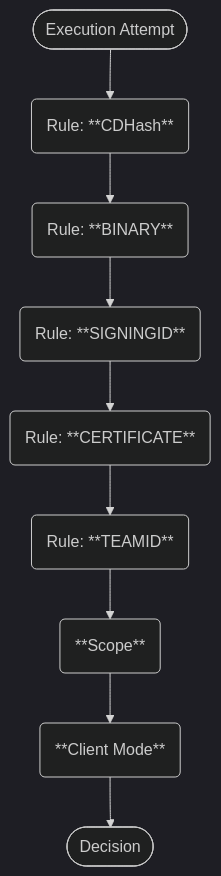
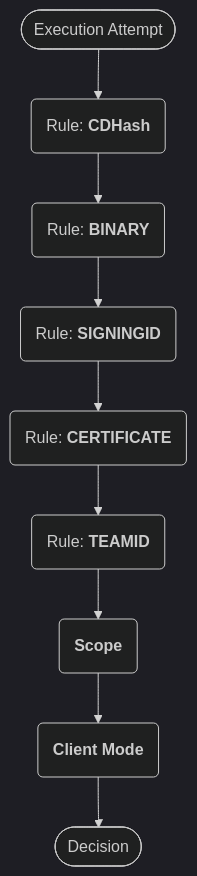
The diagram in docs/docs/features/binary-authorization.mdx (northpolesec/santa), drawn with Mermaid (dark theme) before and after one commit. The commit also changed other lines of this file and 6 other files, not shown here.

Commit message:
Fixed heading levels, Mermaid labels, typos and stale links in docs (#1255)

````diff
--- a/docs/docs/features/binary-authorization.mdx
+++ b/docs/docs/features/binary-authorization.mdx
@@ -45,20 +45,20 @@
 ```mermaid
 flowchart TD
-    Start(["Execution Attempt"]) --> RuleCDHash("Rule: **CDHash**")
-    RuleCDHash --> RuleBinary("Rule: **BINARY**")
-    RuleBinary --> RuleSigningID("Rule: **SIGNINGID**")
-    RuleSigningID --> RuleCertificate("Rule: **CERTIFICATE**")
-    RuleCertificate --> RuleTeamID("Rule: **TEAMID**")
-    RuleTeamID --> Scope("**Scope**")
-    Scope --> ClientMode("**Client Mode**")
+    Start(["Execution Attempt"]) --> RuleCDHash("`Rule: **CDHash**`")
+    RuleCDHash --> RuleBinary("`Rule: **BINARY**`")
+    RuleBinary --> RuleSigningID("`Rule: **SIGNINGID**`")
+    RuleSigningID --> RuleCertificate("`Rule: **CERTIFICATE**`")
+    RuleCertificate --> RuleTeamID("`Rule: **TEAMID**`")
+    RuleTeamID --> Scope("`**Scope**`")
+    Scope --> ClientMode("`**Client Mode**`")
     ClientMode --> End(["Decision"])
 
     click RuleCDHash "#cdhash"
     click RuleBinary "#binary"
     click RuleSigningID "#signingid"
     click RuleCertificate "#certificate"
     click RuleTeamID "#teamid"
     click Scope "#scope"
     click ClientMode "#client-mode"
 
 ```
````
